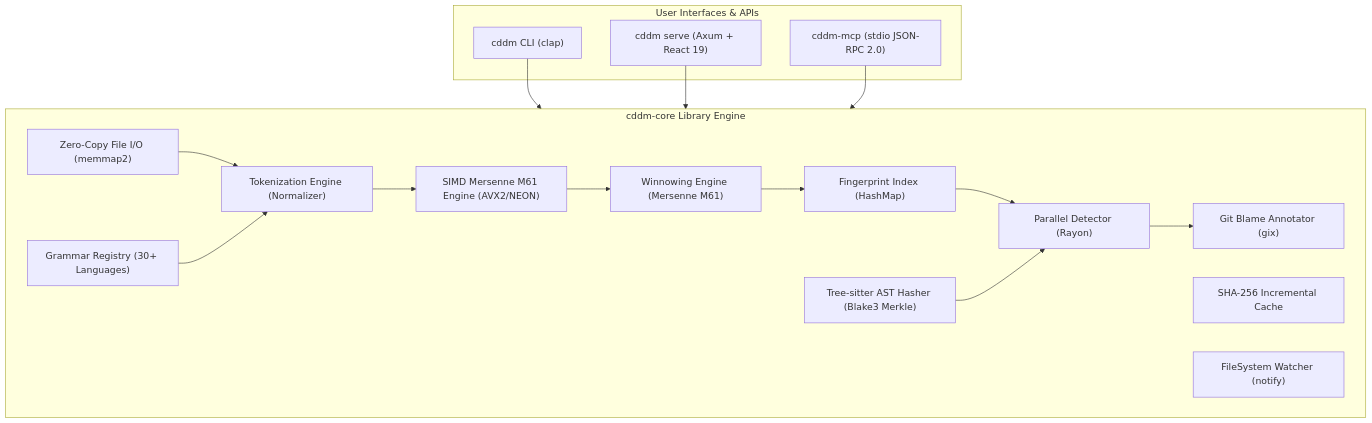
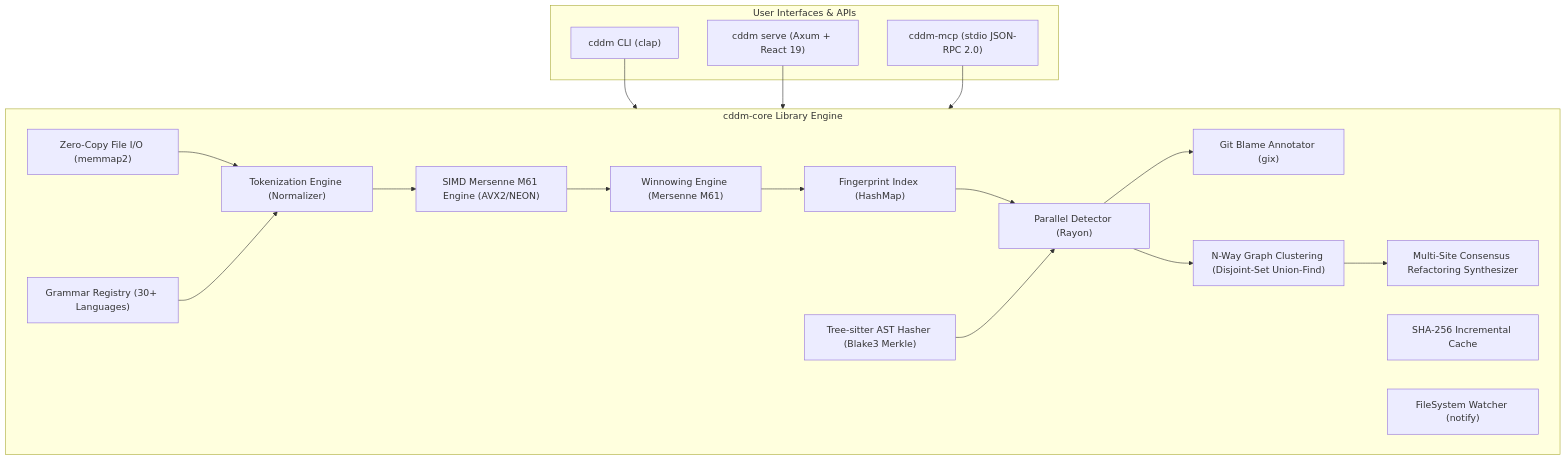
Before and after one commit to GrigorTonikyan/cddm: the first of 2 diagrams in docs/ARCHITECTURE.md, drawn with Mermaid. The commit also changed 34 other files, not shown here.

Commit message:
feat(core): add N-way clone graph clustering and multi-site deduplication synthesis

````diff
--- a/docs/ARCHITECTURE.md
+++ b/docs/ARCHITECTURE.md
@@ -7,35 +7,39 @@
 ```mermaid
 graph TD
     subgraph UI ["User Interfaces & APIs"]
         CLI["cddm CLI (clap)"]
         Serve["cddm serve (Axum + React 19)"]
         MCP["cddm-mcp (stdio JSON-RPC 2.0)"]
     end
 
     subgraph Core ["cddm-core Library Engine"]
         IO["Zero-Copy File I/O (memmap2)"]
         Grammar["Grammar Registry (30+ Languages)"]
         Tokenizer["Tokenization Engine (Normalizer)"]
         SIMD["SIMD Mersenne M61 Engine (AVX2/NEON)"]
         Winnow["Winnowing Engine (Mersenne M61)"]
         AST["Tree-sitter AST Hasher (Blake3 Merkle)"]
         Index["Fingerprint Index (HashMap)"]
         Detector["Parallel Detector (Rayon)"]
         Blame["Git Blame Annotator (gix)"]
+        Cluster["N-Way Graph Clustering (Disjoint-Set Union-Find)"]
+        Refactor["Multi-Site Consensus Refactoring Synthesizer"]
         Cache["SHA-256 Incremental Cache"]
         Watcher["FileSystem Watcher (notify)"]
     end
 
     CLI --> Core
     Serve --> Core
     MCP --> Core
 
     IO --> Tokenizer
     Grammar --> Tokenizer
     Tokenizer --> SIMD
     SIMD --> Winnow
     Winnow --> Index
     Index --> Detector
     AST --> Detector
     Detector --> Blame
+    Detector --> Cluster
+    Cluster --> Refactor
 ```
````
